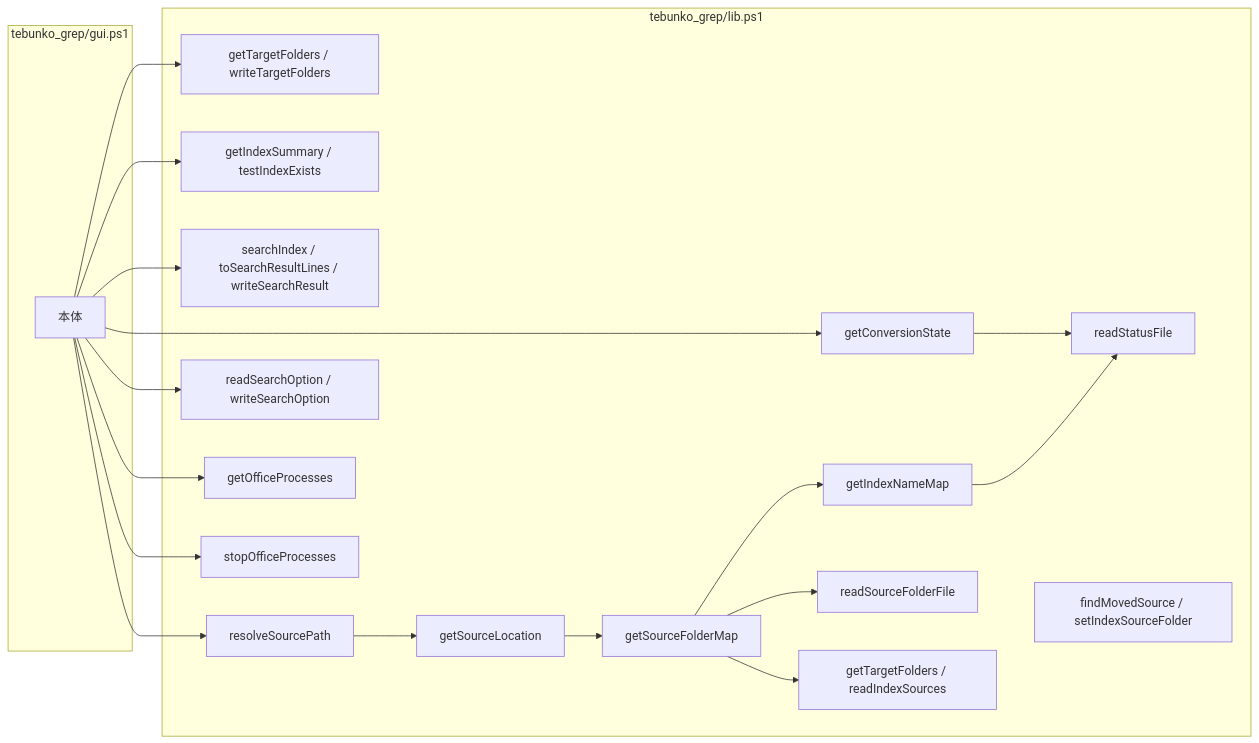
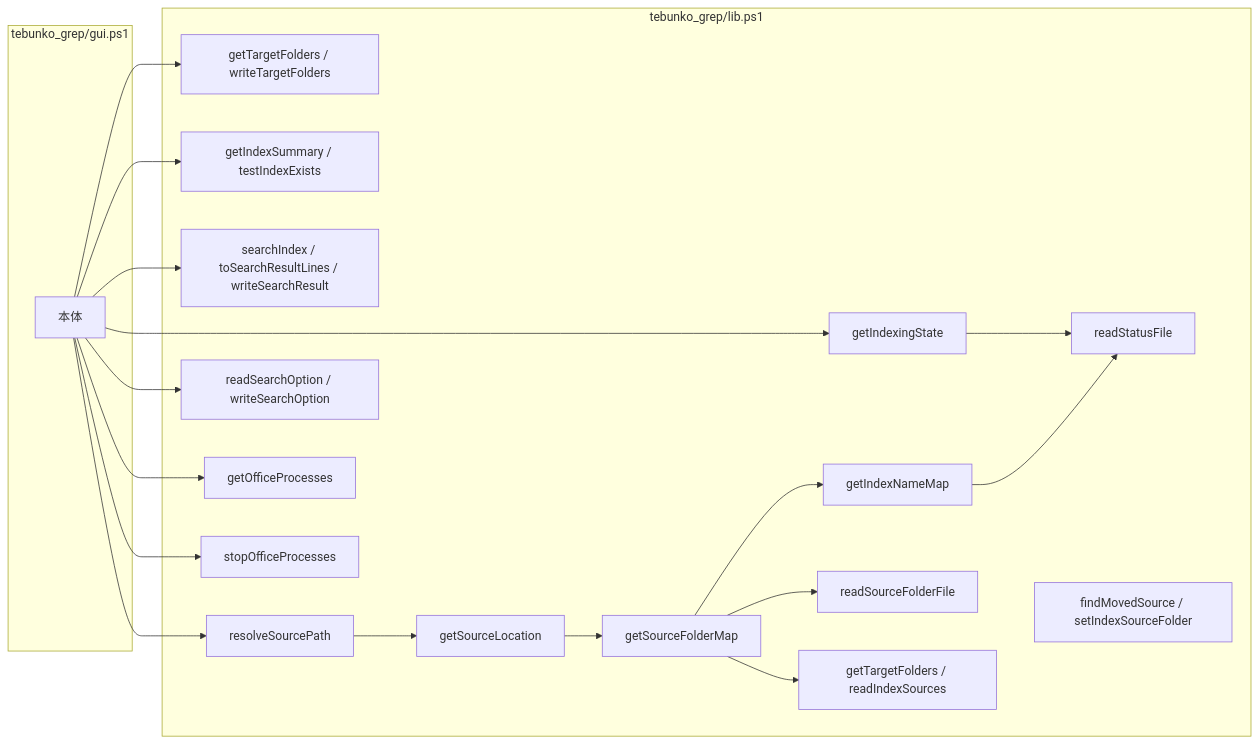
Before and after one commit to hsgwa/tebunko: the second of 2 diagrams in docs/00_共通_2_共通モジュール.md, drawn with Mermaid. The commit also changed other lines of this file and 98 other files, not shown here.

````diff
--- a/docs/00_共通_2_共通モジュール.md
+++ b/docs/00_共通_2_共通モジュール.md
@@ -187,21 +187,21 @@
 ```mermaid
 flowchart LR
     subgraph GUI["tebunko_grep/gui.ps1"]
         G["本体"]
     end
     subgraph CMS["tebunko_grep/lib.ps1"]
         TF["getTargetFolders / writeTargetFolders"]
-        CS["getConversionState"] --> RSF["readStatusFile"]
+        CS["getIndexingState"] --> RSF["readStatusFile"]
         SUM["getIndexSummary / testIndexExists"]
         SI["searchIndex / toSearchResultLines / writeSearchResult"]
         RSP["resolveSourcePath"] --> SL["getSourceLocation"] --> SFM["getSourceFolderMap"] --> INM["getIndexNameMap"] --> RSF
         SFM --> RSFF["readSourceFolderFile"]
         SFM --> TGT["getTargetFolders / readIndexSources"]
         RPL["findMovedSource / setIndexSourceFolder"]
         OPT["readSearchOption / writeSearchOption"]
         GOP["getOfficeProcesses"]
         SOP["stopOfficeProcesses"]
     end
 
     G --> TF & CS & SUM & SI & RSP & OPT & GOP & SOP
 ```
````
